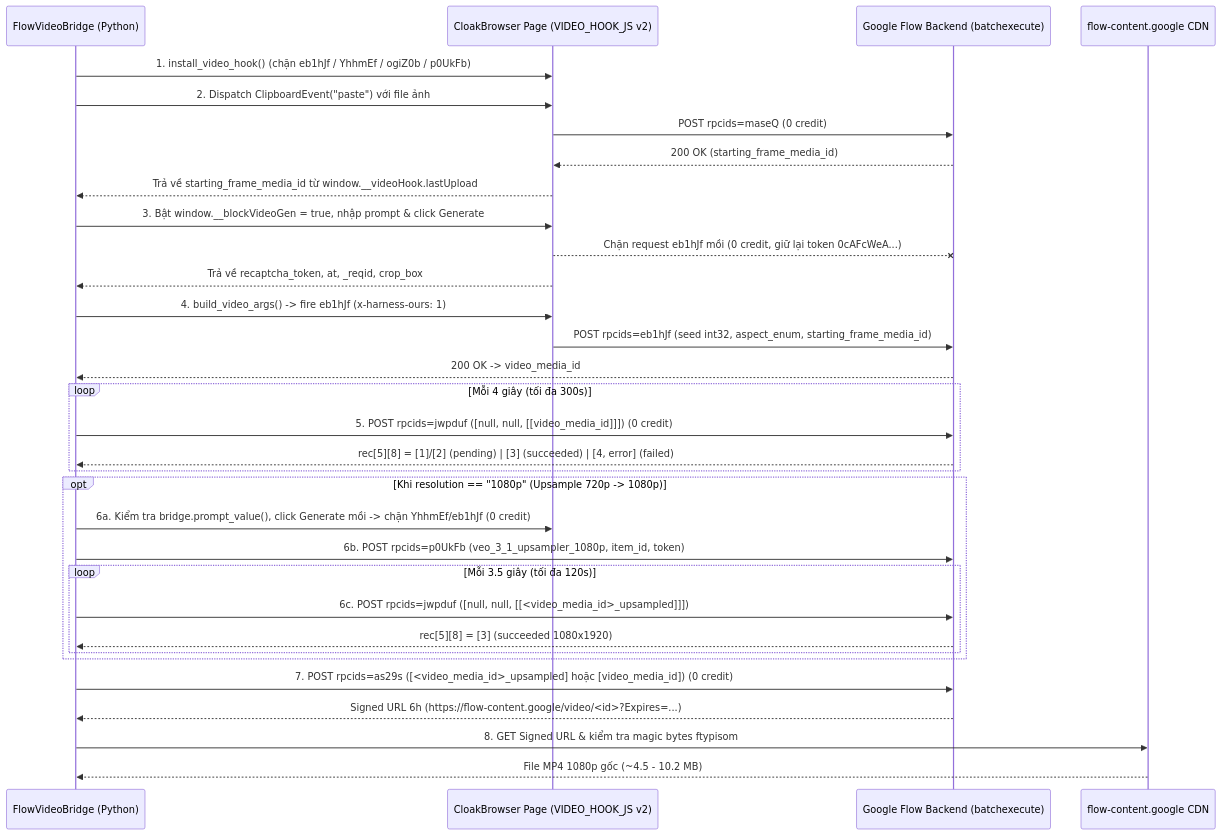
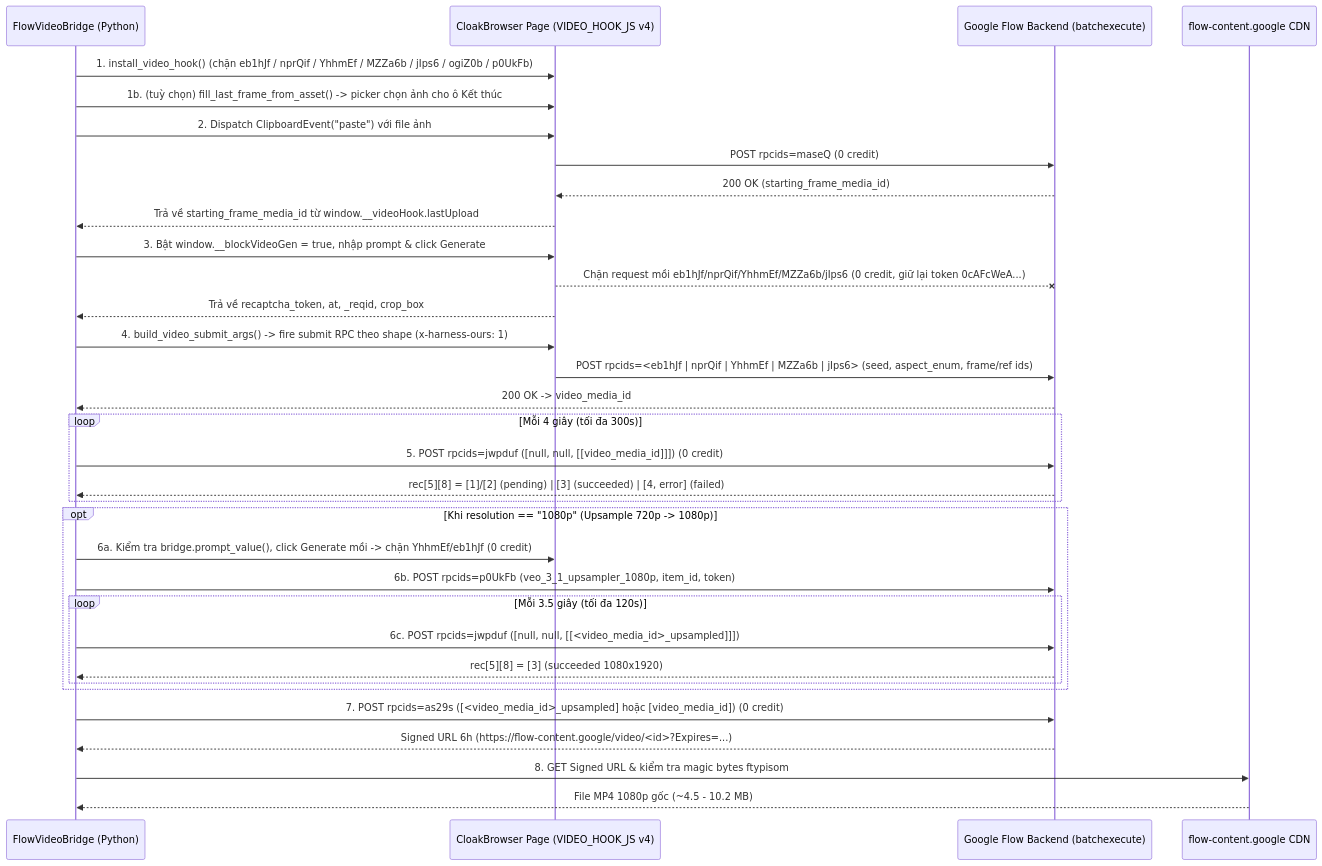
One commit to KienNguyen1911/flow-reverse changed the diagram in docs/api_specs/flow_create_video.md. Above: the diagram before and after it, drawn with Mermaid. The commit also changed other lines of this file and 19 other files, not shown here.

````diff
--- a/docs/api_specs/flow_create_video.md
+++ b/docs/api_specs/flow_create_video.md
@@ -281,40 +472,41 @@
 ```mermaid
 sequenceDiagram
     participant W as FlowVideoBridge (Python)
-    participant P as CloakBrowser Page (VIDEO_HOOK_JS v2)
+    participant P as CloakBrowser Page (VIDEO_HOOK_JS v4)
     participant G as Google Flow Backend (batchexecute)
     participant C as flow-content.google CDN
 
-    W->>P: 1. install_video_hook() (chặn eb1hJf / YhhmEf / ogiZ0b / p0UkFb)
+    W->>P: 1. install_video_hook() (chặn eb1hJf / nprQif / YhhmEf / MZZa6b / jIps6 / ogiZ0b / p0UkFb)
+    W->>P: 1b. (tuỳ chọn) fill_last_frame_from_asset() -> picker chọn ảnh cho ô Kết thúc
     W->>P: 2. Dispatch ClipboardEvent("paste") với file ảnh
     P->>G: POST rpcids=maseQ (0 credit)
     G-->>P: 200 OK (starting_frame_media_id)
     P-->>W: Trả về starting_frame_media_id từ window.__videoHook.lastUpload
 
     W->>P: 3. Bật window.__blockVideoGen = true, nhập prompt & click Generate
-    P--xG: Chặn request eb1hJf mồi (0 credit, giữ lại token 0cAFcWeA...)
+    P--xG: Chặn request mồi eb1hJf/nprQif/YhhmEf/MZZa6b/jIps6 (0 credit, giữ lại token 0cAFcWeA...)
     P-->>W: Trả về recaptcha_token, at, _reqid, crop_box
 
-    W->>P: 4. build_video_args() -> fire eb1hJf (x-harness-ours: 1)
-    P->>G: POST rpcids=eb1hJf (seed int32, aspect_enum, starting_frame_media_id)
+    W->>P: 4. build_video_submit_args() -> fire submit RPC theo shape (x-harness-ours: 1)
+    P->>G: POST rpcids=<eb1hJf | nprQif | YhhmEf | MZZa6b | jIps6> (seed, aspect_enum, frame/ref ids)
     G-->>W: 200 OK -> video_media_id
 
     loop Mỗi 4 giây (tối đa 300s)
         W->>G: 5. POST rpcids=jwpduf ([null, null, [[video_media_id]]]) (0 credit)
         G-->>W: rec[5][8] = [1]/[2] (pending) | [3] (succeeded) | [4, error] (failed)
     end
 
     opt Khi resolution == "1080p" (Upsample 720p -> 1080p)
         W->>P: 6a. Kiểm tra bridge.prompt_value(), click Generate mồi -> chặn YhhmEf/eb1hJf (0 credit)
         W->>G: 6b. POST rpcids=p0UkFb (veo_3_1_upsampler_1080p, item_id, token)
         loop Mỗi 3.5 giây (tối đa 120s)
             W->>G: 6c. POST rpcids=jwpduf ([null, null, [[<video_media_id>_upsampled]]])
             G-->>W: rec[5][8] = [3] (succeeded 1080x1920)
         end
     end
 
     W->>G: 7. POST rpcids=as29s ([<video_media_id>_upsampled] hoặc [video_media_id]) (0 credit)
     G-->>W: Signed URL 6h (https://flow-content.google/video/<id>?Expires=...)
     W->>C: 8. GET Signed URL & kiểm tra magic bytes ftypisom
     C-->>W: File MP4 1080p gốc (~4.5 - 10.2 MB)
 ```
````
